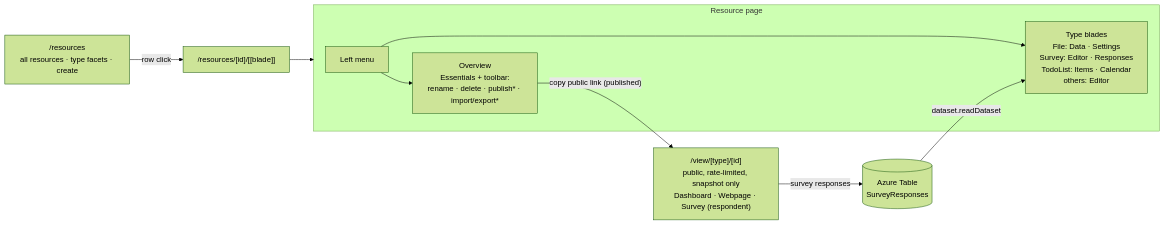
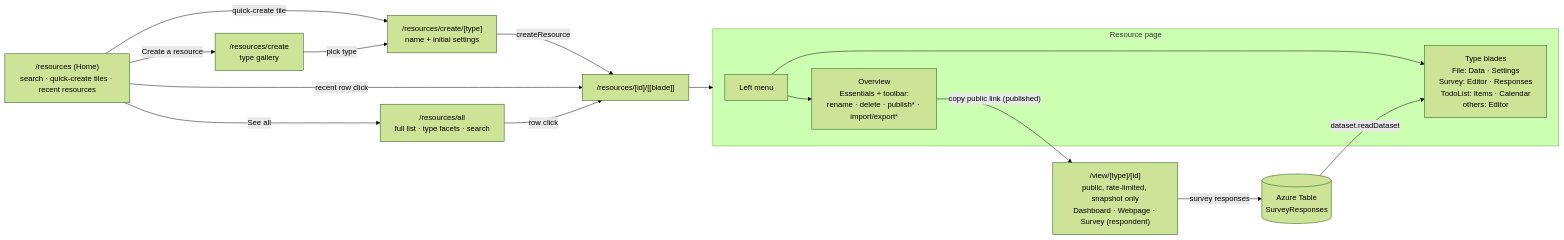
One commit to Esposter/Esposter changed the first of 3 diagrams in features/platform/specs/resource-explorer.md. Above: the diagram before and after it, drawn with Mermaid (forest theme). The commit also changed other lines of this file and 4 other files, not shown here.

````diff
--- a/features/platform/specs/resource-explorer.md
+++ b/features/platform/specs/resource-explorer.md
@@ -58,15 +163,21 @@
 ```mermaid
 flowchart LR
-  LIST["/resources<br/>all resources · type facets · create"]
-  LIST -->|row click| RES["/resources/[id]/[[blade]]"]
+  HOME["/resources (Home)<br/>search · quick-create tiles · recent resources"]
+  HOME -->|See all| ALL["/resources/all<br/>full list · type facets · search"]
+  HOME -->|Create a resource| CREATE["/resources/create<br/>type gallery"]
+  HOME -->|quick-create tile| CFORM["/resources/create/[type]<br/>name + initial settings"]
+  CREATE -->|pick type| CFORM
+  CFORM -->|createResource| RES["/resources/[id]/[[blade]]"]
+  HOME -->|recent row click| RES
+  ALL -->|row click| RES
 
   subgraph bladepage [Resource page]
     MENU["Left menu"] --> OV["Overview<br/>Essentials + toolbar:<br/>rename · delete · publish* · import/export*"]
     MENU --> TB["Type blades<br/>File: Data · Settings<br/>Survey: Editor · Responses<br/>TodoList: Items · Calendar<br/>others: Editor"]
   end
 
   RES --> bladepage
   OV -->|"copy public link (published)"| VIEW["/view/[type]/[id]<br/>public, rate-limited, snapshot only<br/>Dashboard · Webpage · Survey (respondent)"]
   VIEW -->|"survey responses"| AT[("Azure Table<br/>SurveyResponses")]
   AT -->|"dataset.readDataset"| TB
 ```
````
